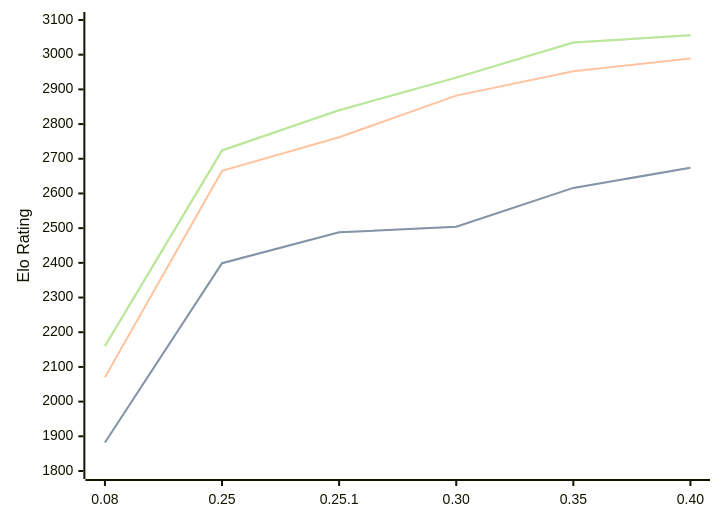
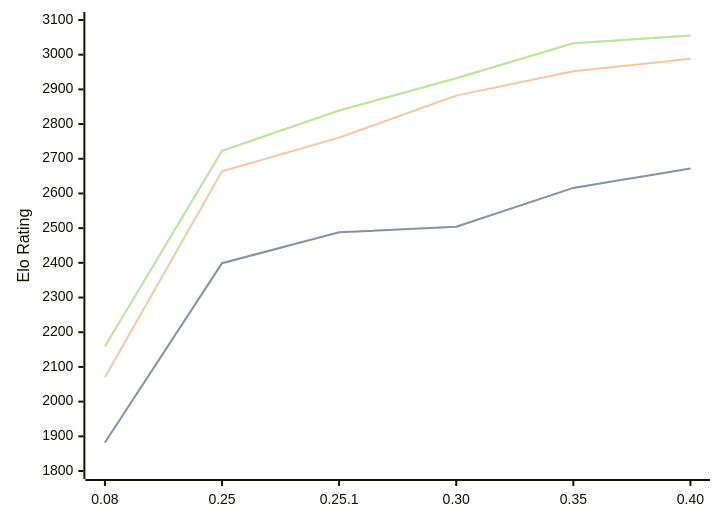
The diagram in engines/Gecko.md (computer-chess-index/cci), drawn with Mermaid before and after one commit. The commit also changed other lines of this file, not shown here.

Commit message:
Update CCI Ratings (ELO VLTC) - 2026-10-01

````diff
--- a/engines/Gecko.md
+++ b/engines/Gecko.md
@@ -36,11 +36,11 @@
 ```mermaid
 %%{init: {"theme":"base","themeVariables":{"seriesColors:['#a3a3a3','#222221','#faa371']}}}%%
 xychart-beta
   x-axis ["0.08", "0.25", "0.25.1", "0.30", "0.35", "0.40"]
   y-axis "Elo Rating" 1800 --> 3100
-  line "" [1882, 2399, 2488, 2504, 2616, 2674]
-  line "STC (8.0+0.08s)" [1882, 2399, 2488, 2504, 2616, 2674]
-  line "LTC (60.0+0.60s)" [2070, 2665, 2762, 2882, 2952, 2989]
-  line "" [2160, 2724, 2840, 2934, 3035, 3056]
-  line "VLTC (2m24s+1.12s)" [2160, 2724, 2840, 2934, 3035, 3056]
+  line "" [1882, 2399, 2488, 2504, 2616, 2672]
+  line "STC (8.0+0.08s)" [1882, 2399, 2488, 2504, 2616, 2672]
+  line "LTC (60.0+0.60s)" [2070, 2664, 2761, 2882, 2952, 2988]
+  line "" [2159, 2723, 2839, 2932, 3033, 3055]
+  line "VLTC (2m24s+1.12s)" [2159, 2723, 2839, 2932, 3033, 3055]
 ```
````
